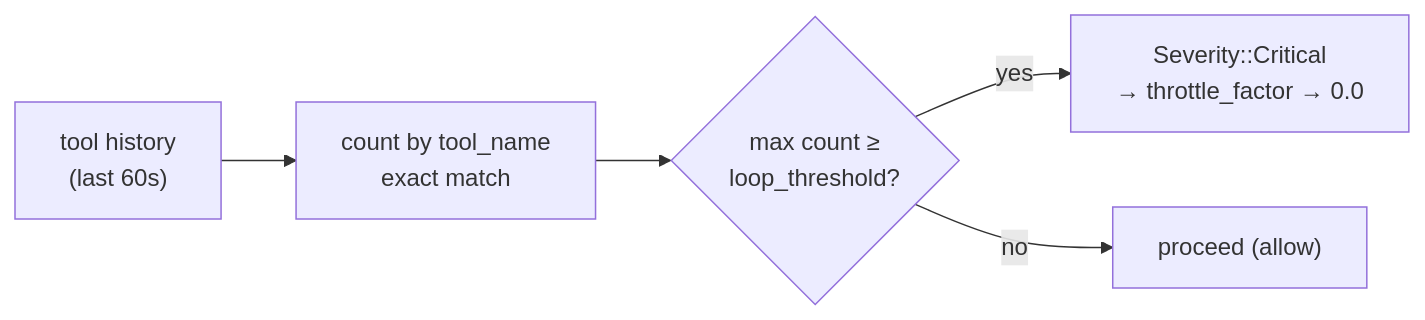
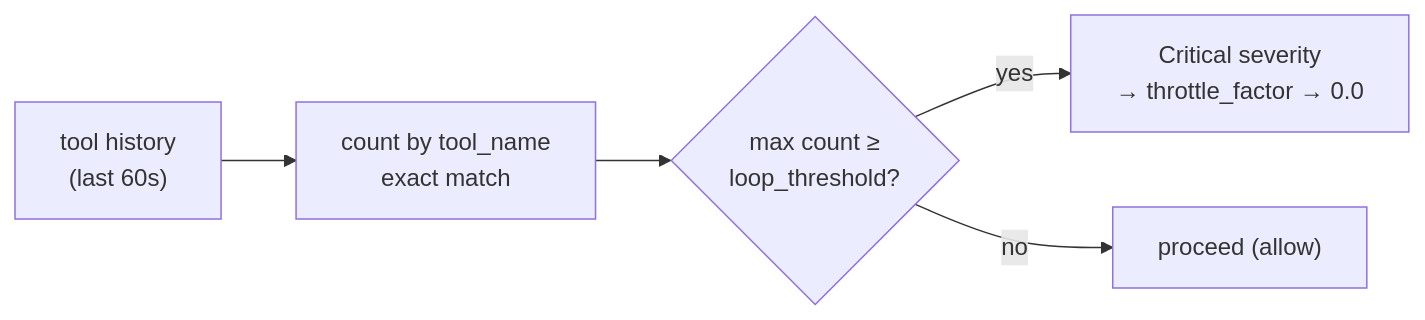
Before and after one commit to nullrunio/nullrun-docs: the first of 3 diagrams in docs/concepts/loop-detection.md, drawn with Mermaid. The commit also changed other lines of this file and 19 other files, not shown here.

````diff
--- a/docs/concepts/loop-detection.md
+++ b/docs/concepts/loop-detection.md
@@ -26,11 +26,11 @@
 ```mermaid
 flowchart LR
     H["tool history<br/>(last 60s)"]
     C["count by tool_name<br/>exact match"]
     M{"max count ≥<br/>loop_threshold?"}
 
     H --> C
     C --> M
-    M -->|yes| D["Severity::Critical<br/>→ throttle_factor → 0.0"]
+    M -->|yes| D["Critical severity<br/>→ throttle_factor → 0.0"]
     M -->|no| OK["proceed (allow)"]
 ```
````
